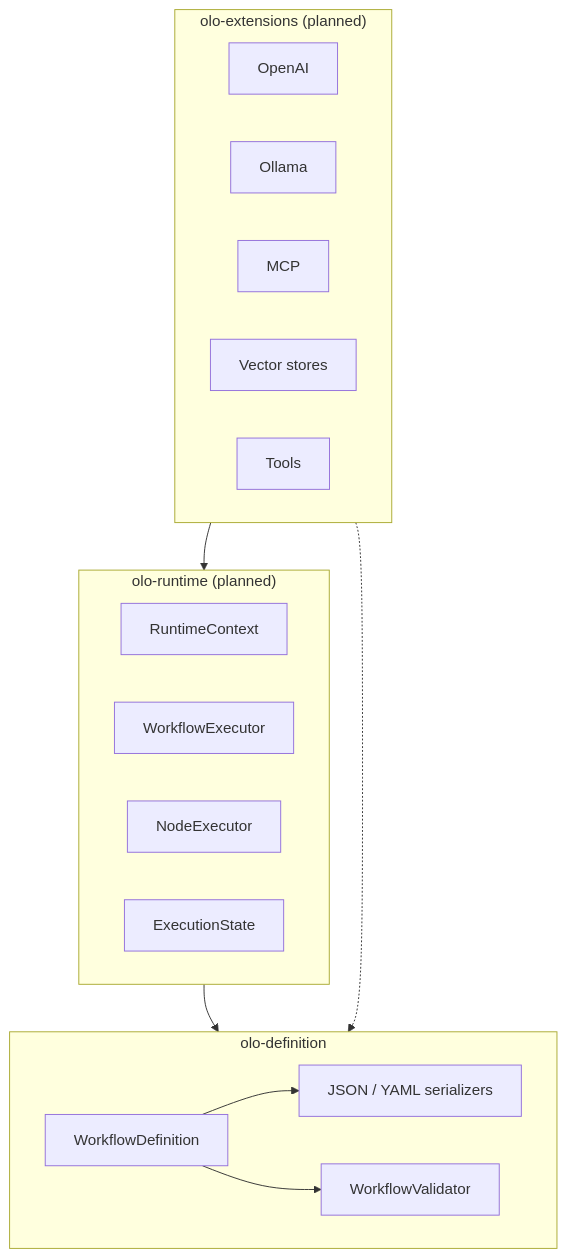
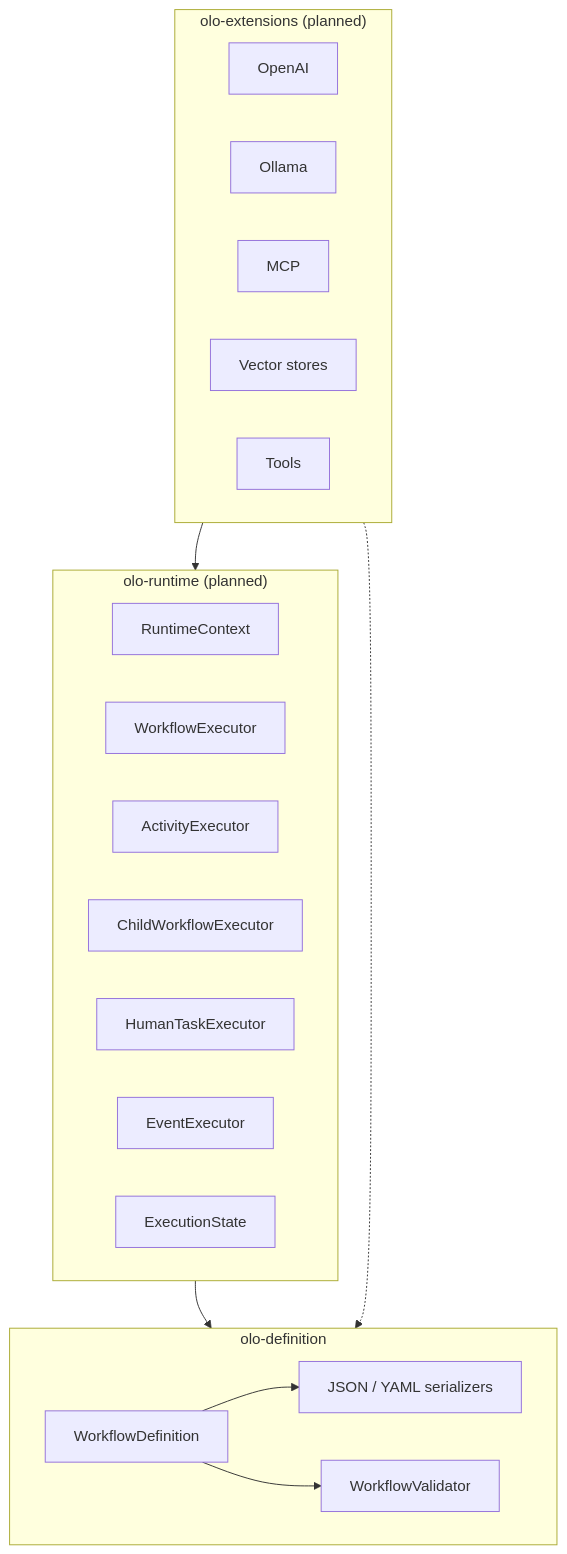
Before and after one commit to olo-labs/olo-mono: the first of 2 diagrams in olo-definition/doc/ARCHITECTURE.md, drawn with Mermaid. The commit also changed other lines of this file and 63 other files, not shown here.

````diff
--- a/olo-definition/doc/ARCHITECTURE.md
+++ b/olo-definition/doc/ARCHITECTURE.md
@@ -29,29 +33,32 @@
 ```mermaid
 flowchart TB
     subgraph definition ["olo-definition"]
         WD[WorkflowDefinition]
         SER[JSON / YAML serializers]
         VAL[WorkflowValidator]
     end
 
     subgraph runtime ["olo-runtime (planned)"]
         CTX[RuntimeContext]
         EX[WorkflowExecutor]
-        NE[NodeExecutor]
+        AE[ActivityExecutor]
+        CW[ChildWorkflowExecutor]
+        HT[HumanTaskExecutor]
+        EV[EventExecutor]
         ST[ExecutionState]
     end
 
     subgraph extensions ["olo-extensions (planned)"]
         OAI[OpenAI]
         OLL[Ollama]
         MCP[MCP]
         VS[Vector stores]
         TOOL[Tools]
     end
 
     WD --> SER
     WD --> VAL
     runtime --> definition
     extensions --> runtime
     extensions -.-> definition
 ```
````
